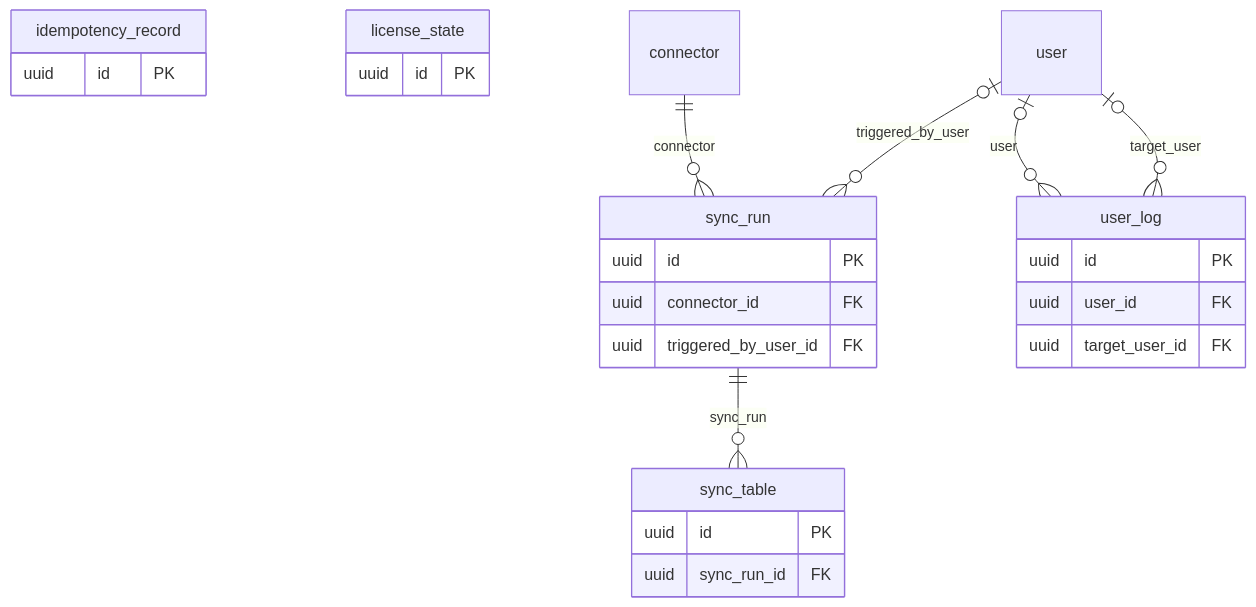
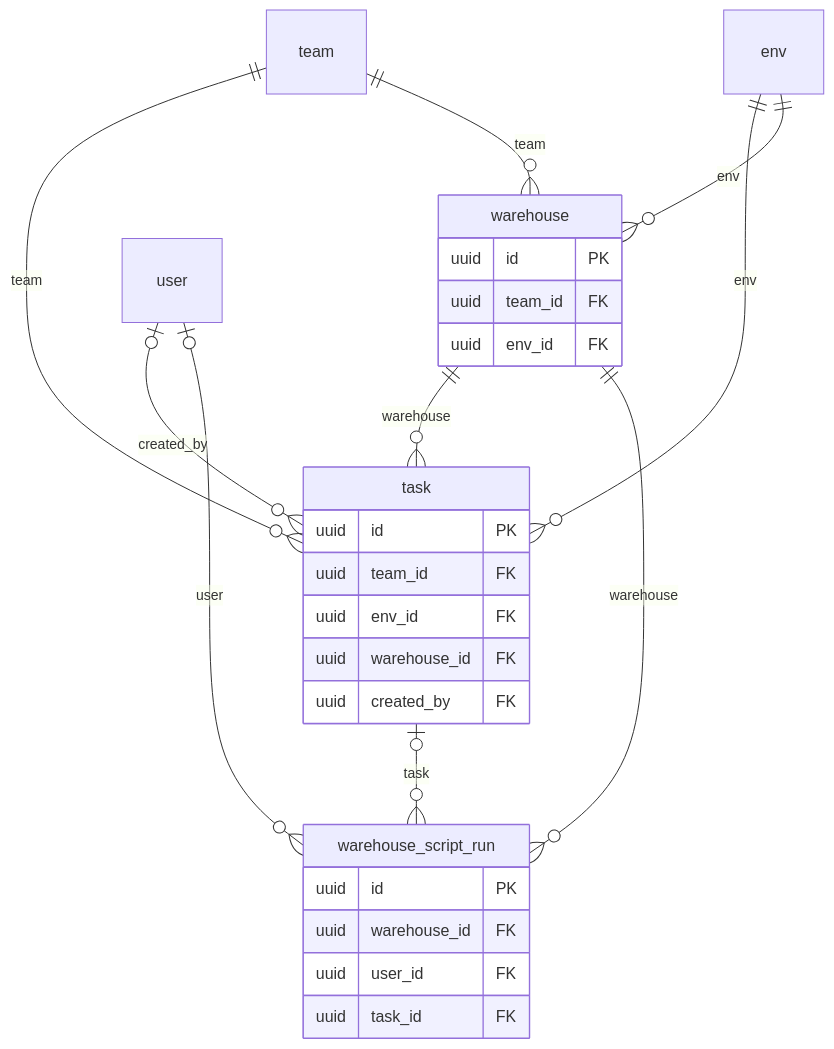
The sixth of 7 diagrams in deployment/reference/data-model.mdx (Popsink/docs), drawn with Mermaid before and after one commit. The commit also changed other lines of this file and 9 other files, not shown here.

````diff
--- a/deployment/reference/data-model.mdx
+++ b/deployment/reference/data-model.mdx
@@ -692,30 +768,33 @@
 ```mermaid
 erDiagram
-    idempotency_record {
+    task {
         uuid id PK
+        uuid team_id FK
+        uuid env_id FK
+        uuid warehouse_id FK
+        uuid created_by FK
     }
-    license_state {
+    warehouse {
         uuid id PK
+        uuid team_id FK
+        uuid env_id FK
     }
-    sync_run {
+    warehouse_script_run {
         uuid id PK
-        uuid connector_id FK
-        uuid triggered_by_user_id FK
+        uuid warehouse_id FK
+        uuid user_id FK
+        uuid task_id FK
     }
-    sync_table {
-        uuid id PK
-        uuid sync_run_id FK
-    }
-    user_log {
-        uuid id PK
-        uuid user_id FK
-        uuid target_user_id FK
-    }
-    connector
+    env
+    team
     user
-    connector ||--o{ sync_run : "connector"
-    user |o--o{ sync_run : "triggered_by_user"
-    sync_run ||--o{ sync_table : "sync_run"
-    user |o--o{ user_log : "user"
-    user |o--o{ user_log : "target_user"
+    team ||--o{ task : "team"
+    env ||--o{ task : "env"
+    warehouse ||--o{ task : "warehouse"
+    user |o--o{ task : "created_by"
+    team ||--o{ warehouse : "team"
+    env ||--o{ warehouse : "env"
+    warehouse ||--o{ warehouse_script_run : "warehouse"
+    user |o--o{ warehouse_script_run : "user"
+    task |o--o{ warehouse_script_run : "task"
 ```
````
